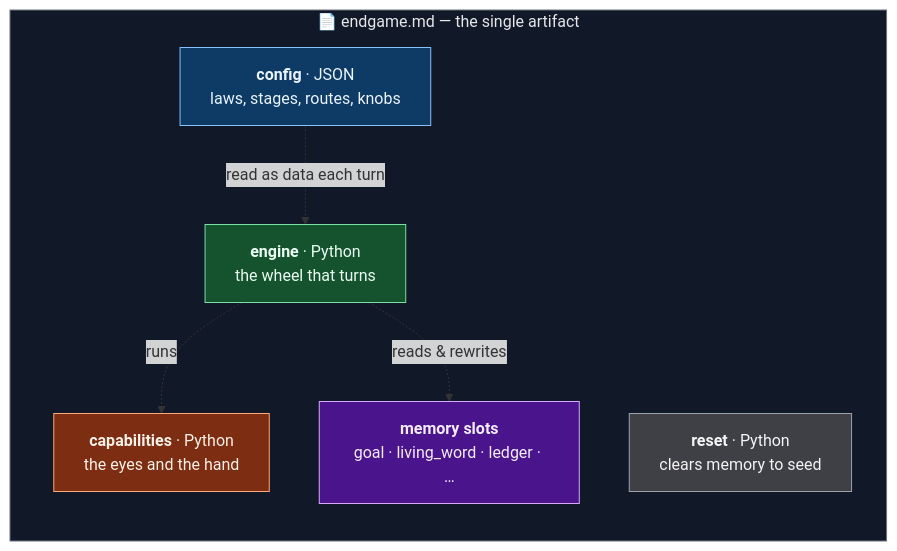
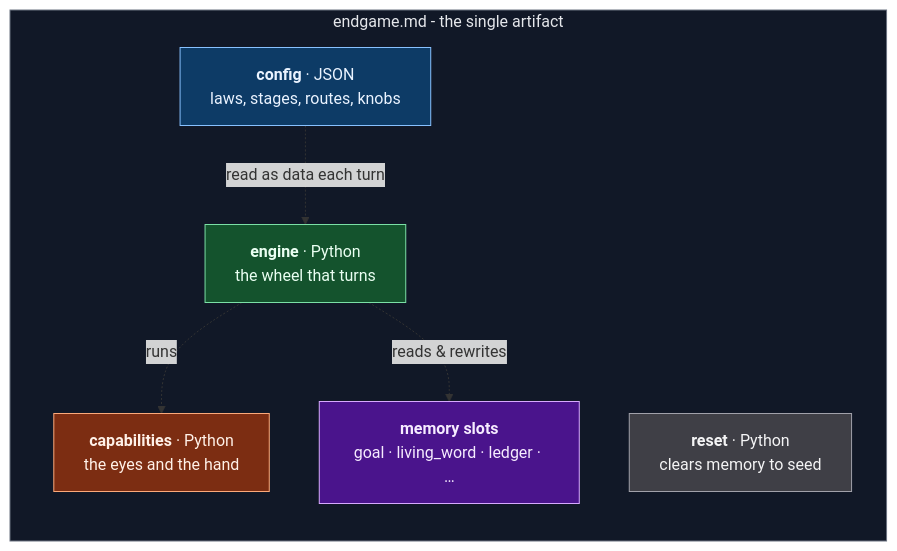
One commit to wgabrys88/endgame-ai changed the third of 17 diagrams in README.md. Above: the diagram before and after it, drawn with Mermaid. The commit also changed other lines of this file, not shown here.

````diff
--- a/README.md
+++ b/README.md
@@ -127,20 +127,20 @@
 ```mermaid
 flowchart LR
-    subgraph DOC["📄 endgame.md — the single artifact"]
+    subgraph DOC["endgame.md - the single artifact"]
         direction TB
         C["<b>config</b> · JSON<br/>laws, stages, routes, knobs"]
         E["<b>engine</b> · Python<br/>the wheel that turns"]
         R["<b>reset</b> · Python<br/>clears memory to seed"]
         CAP["<b>capabilities</b> · Python<br/>the eyes and the hand"]
         M["<b>memory slots</b><br/>goal · living_word · ledger · …"]
     end
     C -.->|read as data each turn| E
     E -.->|runs| CAP
     E -.->|reads & rewrites| M
     style DOC fill:#111827,stroke:#6b7280,color:#e5e7eb
     style C fill:#0d3b66,stroke:#87c1ff,color:#eaf3ff
     style E fill:#14532d,stroke:#7be0a6,color:#eafff2
     style R fill:#3f3f46,stroke:#a1a1aa,color:#f4f4f5
     style CAP fill:#7c2d12,stroke:#fca97a,color:#fff1e8
     style M fill:#4a148c,stroke:#d7a9ff,color:#f6ecff
 ```
````
